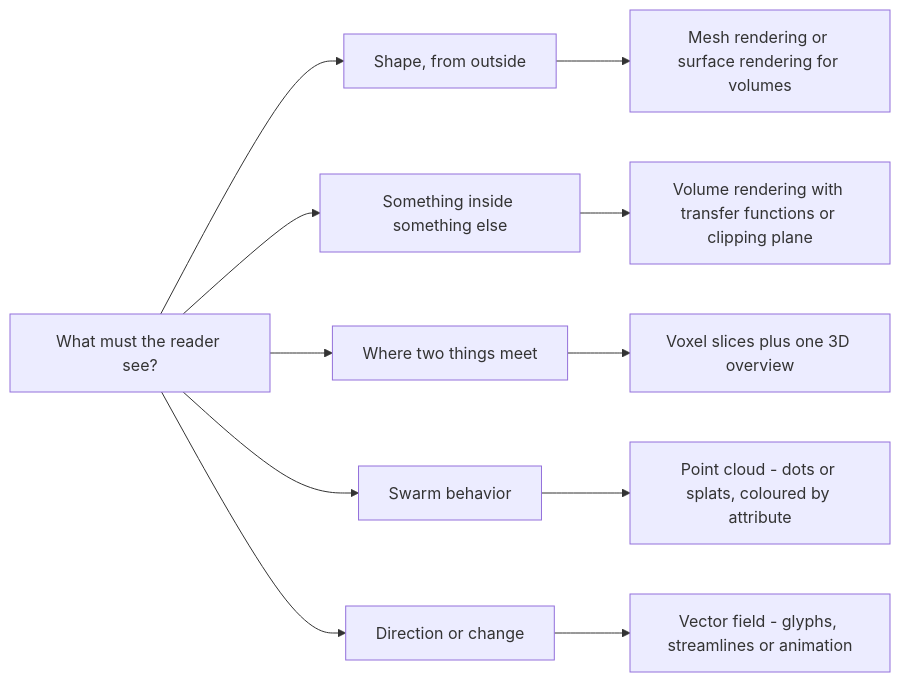
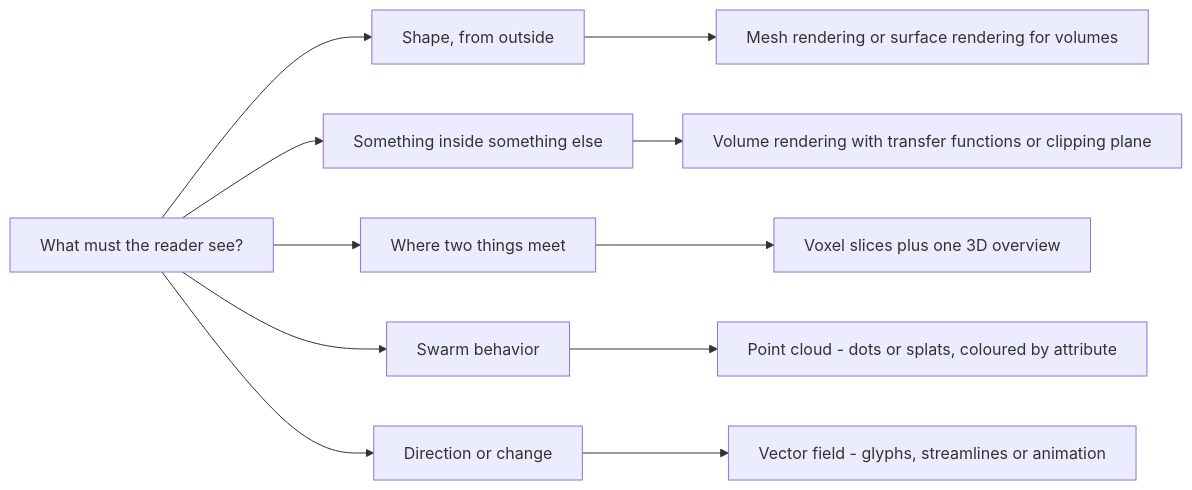
One commit to ida-mdc/workshop-visualization changed the fourth of 4 diagrams in content/overview.md. Above: the diagram before and after it, drawn with Mermaid. The commit also changed other lines of this file and 2 other files, not shown here.

First line of the commit message:
Draw the flowcharts at 32px instead of 26

````diff
--- a/content/overview.md
+++ b/content/overview.md
@@ -424,13 +424,18 @@
 ```mermaid
+---
+config:
+  flowchart:
+    wrappingWidth: 760
+---
 flowchart LR
   Q["What must the reader see?"] --> A["Shape, from outside"]
   Q --> B["Something inside something else"]
   Q --> C["Where two things meet"]
   Q --> D["Swarm behavior"]
   Q --> E["Direction or change"]
   A --> A2["Mesh rendering or surface rendering for volumes"]
   B --> B2["Volume rendering with transfer functions or clipping plane"]
   C --> C2["Voxel slices plus one 3D overview"]
   D --> D2["Point cloud - dots or splats, coloured by attribute"]
   E --> E2["Vector field - glyphs, streamlines or animation"]
 ```
````
